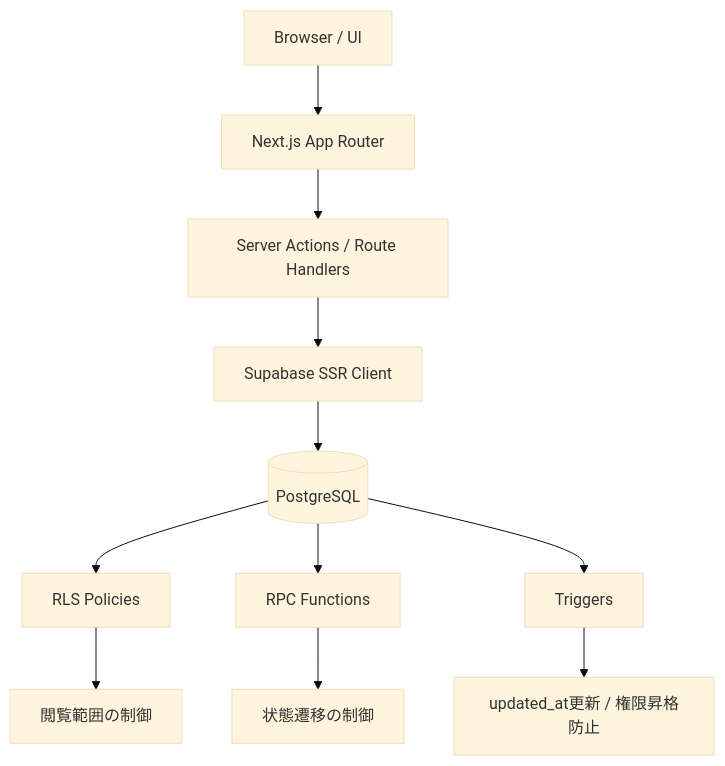
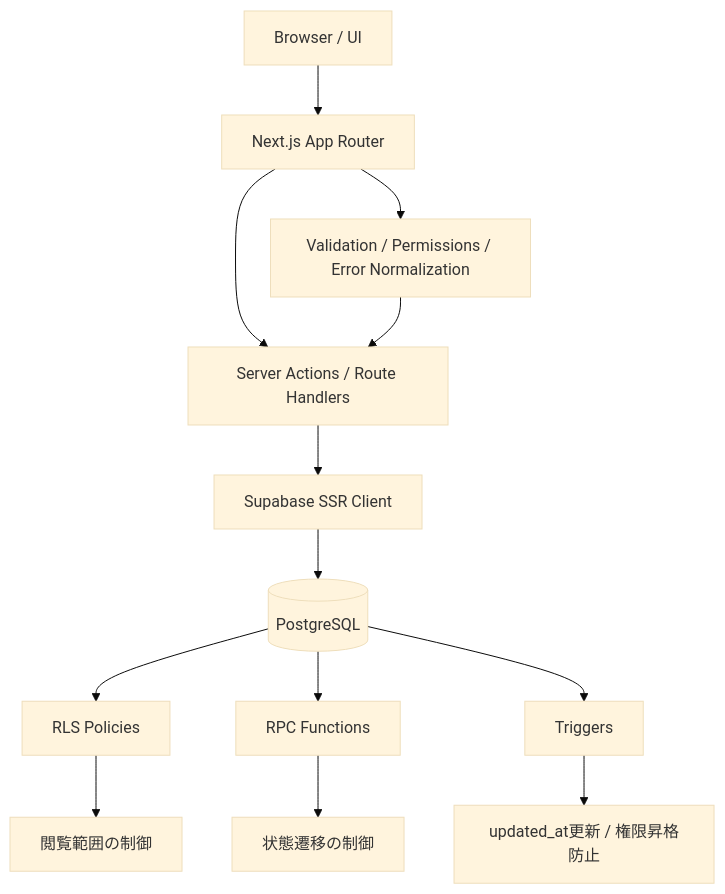
The first of 2 diagrams in README.md (tominaga-r/lvj-approval), drawn with Mermaid (base theme) before and after one commit. The commit also changed other lines of this file and 10 other files, not shown here.

````diff
--- a/README.md
+++ b/README.md
@@ -139,14 +152,16 @@
 ```mermaid
 flowchart TD
   A[Browser / UI] --> B[Next.js App Router]
   B --> C[Server Actions / Route Handlers]
+  B --> X[Validation / Permissions / Error Normalization]
+  X --> C
   C --> D[Supabase SSR Client]
   D --> E[(PostgreSQL)]
   E --> F[RLS Policies]
   E --> G[RPC Functions]
   E --> H[Triggers]
 
   F --> I[閲覧範囲の制御]
   G --> J[状態遷移の制御]
   H --> K[updated_at更新 / 権限昇格防止]
 ```
````
